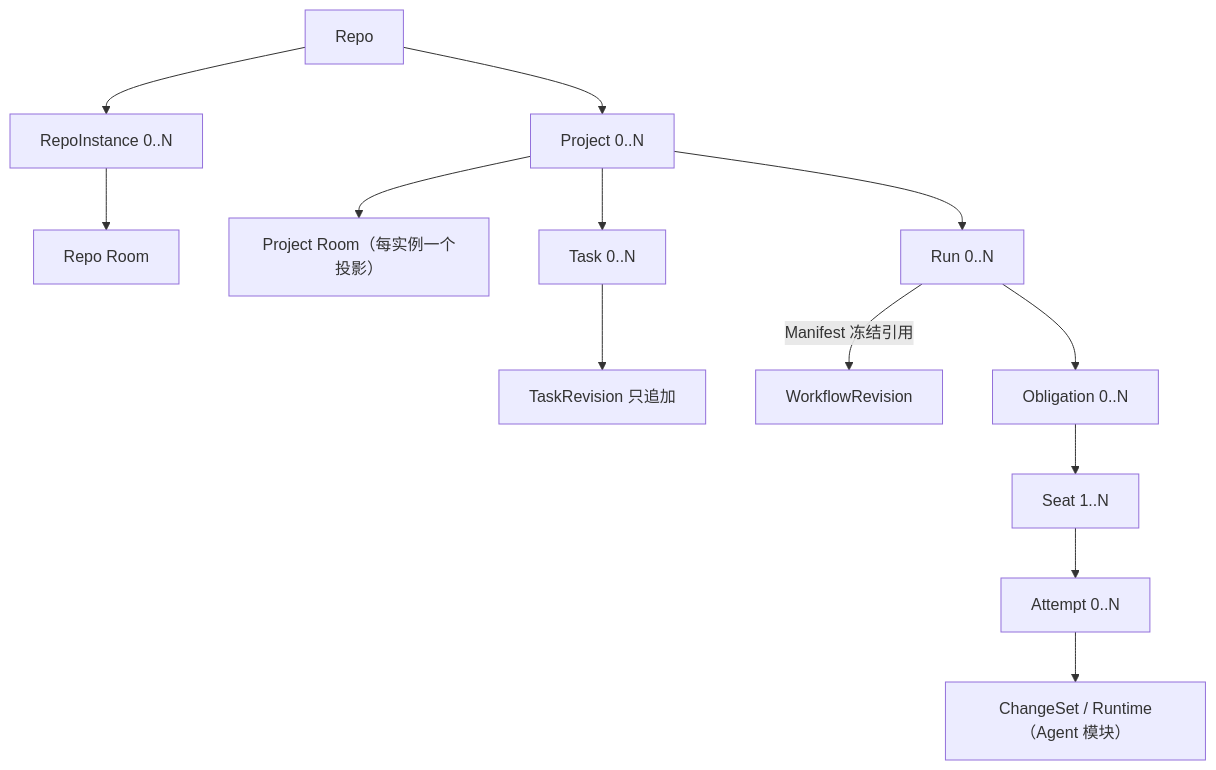
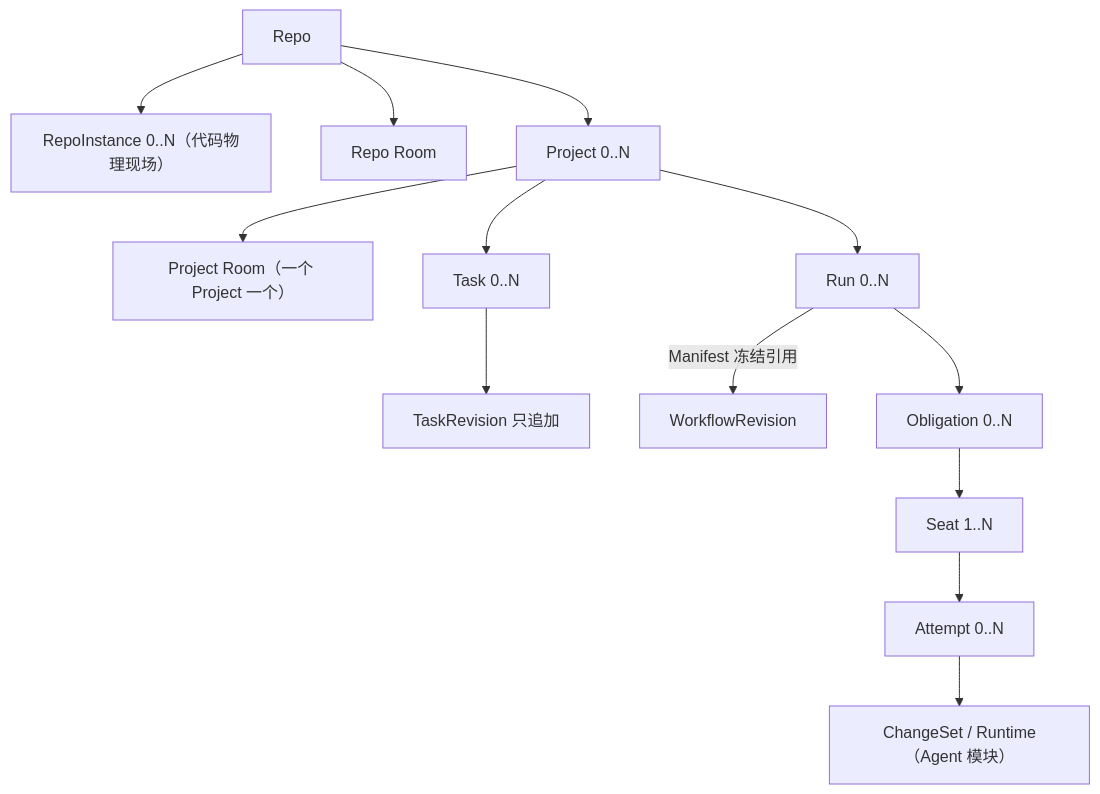
One commit to yesme/hctl2 changed the diagram in docs/design/README.md. Above: the diagram before and after it, drawn with Mermaid. The commit also changed other lines of this file and 7 other files, not shown here.

````diff
--- a/docs/design/README.md
+++ b/docs/design/README.md
@@ -21,15 +21,15 @@
 ```mermaid
 flowchart TD
-    R["Repo"] --> RI["RepoInstance 0..N"]
-    RI --> RR["Repo Room"]
+    R["Repo"] --> RI["RepoInstance 0..N（代码物理现场）"]
+    R --> RR["Repo Room"]
     R --> P["Project 0..N"]
-    P --> PR["Project Room（每实例一个投影）"]
+    P --> PR["Project Room（一个 Project 一个）"]
     P --> T["Task 0..N"]
     P --> RN["Run 0..N"]
     T --> TR["TaskRevision 只追加"]
     RN -->|Manifest 冻结引用| W["WorkflowRevision"]
     RN --> O["Obligation 0..N"]
     O --> S["Seat 1..N"]
     S --> A["Attempt 0..N"]
     A --> CS["ChangeSet / Runtime（Agent 模块）"]
 ```
````
